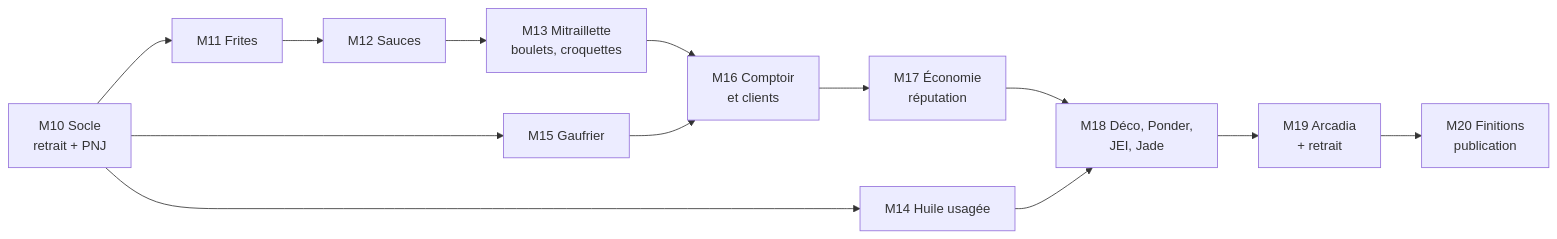
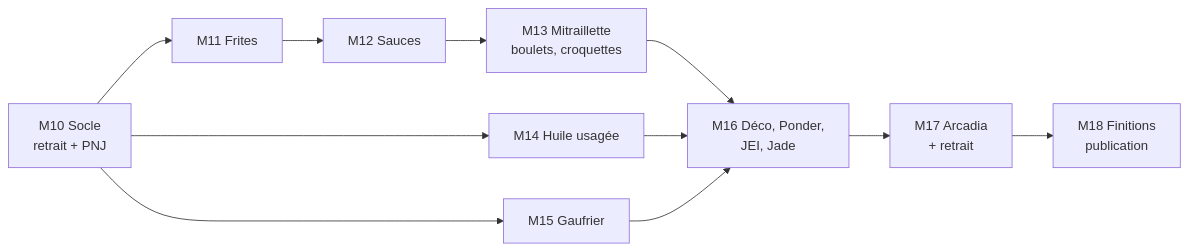
One commit to THEFricadelle/Create-Belgian-Snacks changed the second of 2 diagrams in docs/13-cahier-des-charges-v2.md. Above: the diagram before and after it, drawn with Mermaid. The commit also changed other lines of this file and 1 other file, not shown here.

````diff
--- a/docs/13-cahier-des-charges-v2.md
+++ b/docs/13-cahier-des-charges-v2.md
@@ -533,15 +463,13 @@
 ```mermaid
 flowchart LR
   M10[M10 Socle<br/>retrait + PNJ] --> M11[M11 Frites]
   M11 --> M12[M12 Sauces]
   M12 --> M13[M13 Mitraillette<br/>boulets, croquettes]
   M10 --> M14[M14 Huile usagée]
   M10 --> M15[M15 Gaufrier]
-  M13 --> M16[M16 Comptoir<br/>et clients]
+  M13 --> M16[M16 Déco, Ponder,<br/>JEI, Jade]
+  M14 --> M16
   M15 --> M16
-  M16 --> M17[M17 Économie<br/>réputation]
-  M17 --> M18[M18 Déco, Ponder,<br/>JEI, Jade]
-  M14 --> M18
-  M18 --> M19[M19 Arcadia<br/>+ retrait]
-  M19 --> M20[M20 Finitions<br/>publication]
+  M16 --> M17[M17 Arcadia<br/>+ retrait]
+  M17 --> M18[M18 Finitions<br/>publication]
 ```
````
